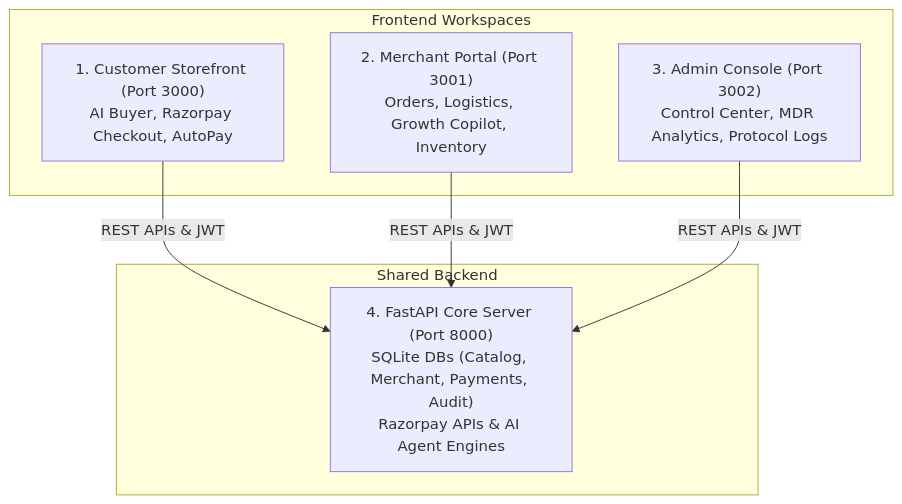
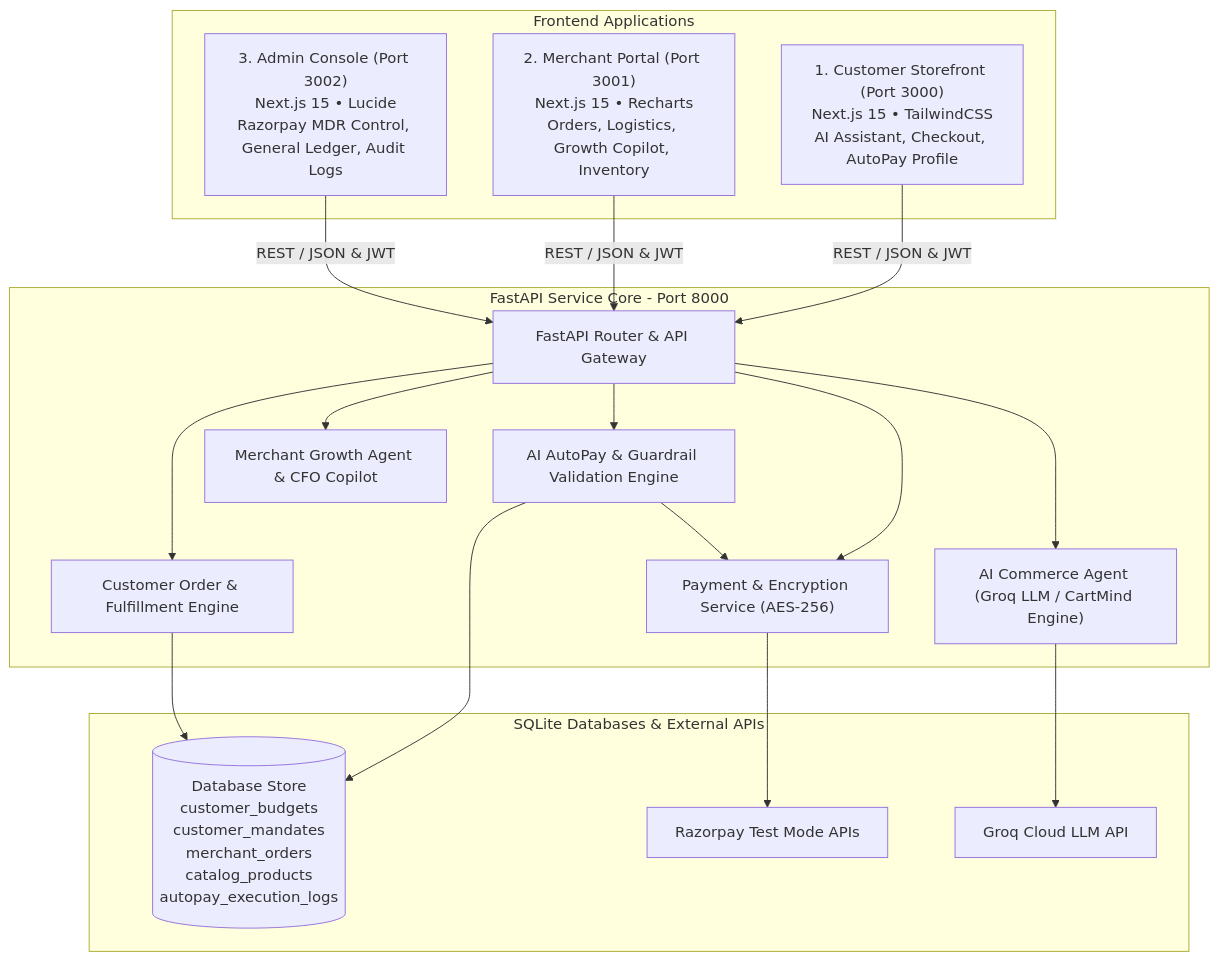
One commit to akhiljonnada1803-arch/RazoRecon changed the diagram in README.md. Above: the diagram before and after it, drawn with Mermaid. The commit also changed other lines of this file, not shown here.

Commit message:
docs(readme): add comprehensive razorpay track 01 architecture, setup guide, demo credentials, and test documentation

````diff
--- a/README.md
+++ b/README.md
@@ -48,16 +52,39 @@
 ```mermaid
 graph TD
-    subgraph Client Apps [Frontend Workspaces]
-        A["1. Customer Storefront (Port 3000)<br/>AI Buyer, Razorpay Checkout, AutoPay"]
-        B["2. Merchant Portal (Port 3001)<br/>Orders, Logistics, Growth Copilot, Inventory"]
-        C["3. Admin Console (Port 3002)<br/>Control Center, MDR Analytics, Protocol Logs"]
+    subgraph Client Workspaces [Frontend Applications]
+        A["1. Customer Storefront (Port 3000)<br/>Next.js 15 • TailwindCSS<br/>AI Assistant, Checkout, AutoPay Profile"]
+        B["2. Merchant Portal (Port 3001)<br/>Next.js 15 • Recharts<br/>Orders, Logistics, Growth Copilot, Inventory"]
+        C["3. Admin Console (Port 3002)<br/>Next.js 15 • Lucide<br/>Razorpay MDR Control, General Ledger, Audit Logs"]
     end
 
-    subgraph Backend Core [Shared Backend]
-        D["4. FastAPI Core Server (Port 8000)<br/>SQLite DBs (Catalog, Merchant, Payments, Audit)<br/>Razorpay APIs & AI Agent Engines"]
+    subgraph Core Backend [FastAPI Service Core - Port 8000]
+        D["FastAPI Router & API Gateway"]
+        E["AI Commerce Agent (Groq LLM / CartMind Engine)"]
+        F["AI AutoPay & Guardrail Validation Engine"]
+        G["Merchant Growth Agent & CFO Copilot"]
+        H["Payment & Encryption Service (AES-256)"]
+        I["Customer Order & Fulfillment Engine"]
     end
 
-    A -->|REST APIs & JWT| D
-    B -->|REST APIs & JWT| D
-    C -->|REST APIs & JWT| D
+    subgraph Data Layer [SQLite Databases & External APIs]
+        J[("Database Store<br/>customer_budgets<br/>customer_mandates<br/>merchant_orders<br/>catalog_products<br/>autopay_execution_logs")]
+        K["Razorpay Test Mode APIs"]
+        L["Groq Cloud LLM API"]
+    end
+
+    A -->|REST / JSON & JWT| D
+    B -->|REST / JSON & JWT| D
+    C -->|REST / JSON & JWT| D
+
+    D --> E
+    D --> F
+    D --> G
+    D --> H
+    D --> I
+
+    E --> L
+    F --> H
+    F --> J
+    H --> K
+    I --> J
 ```
````
